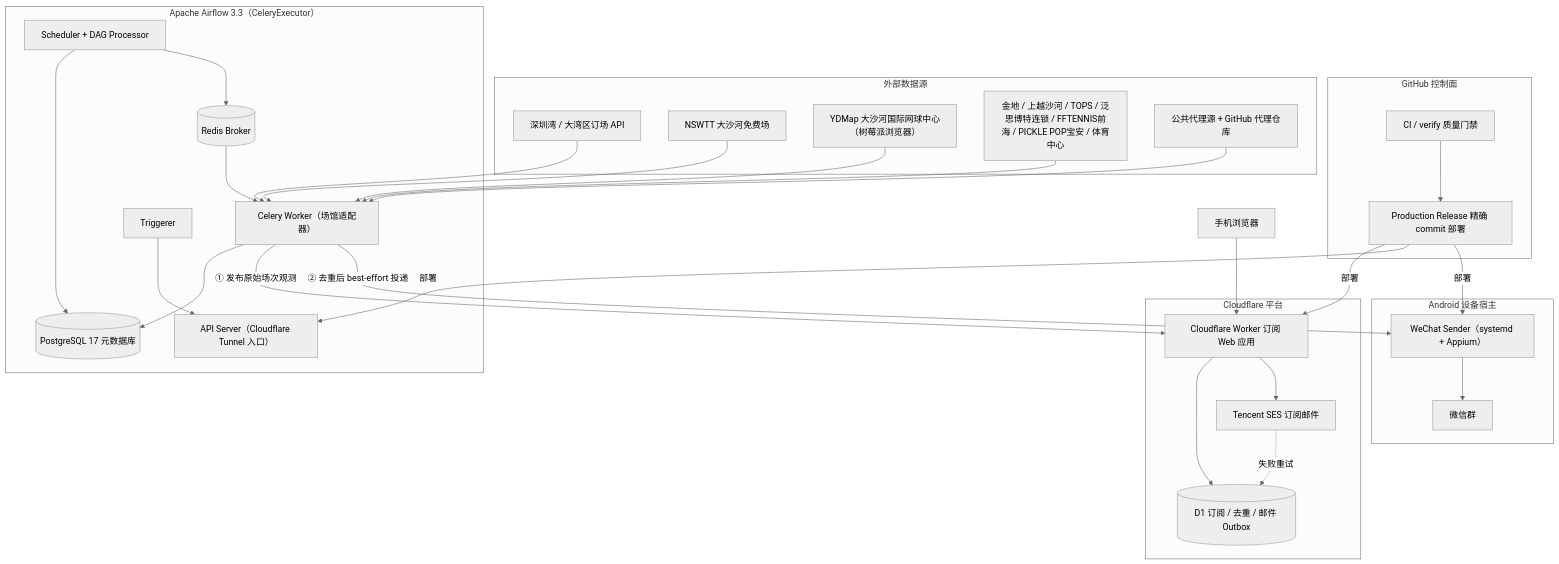
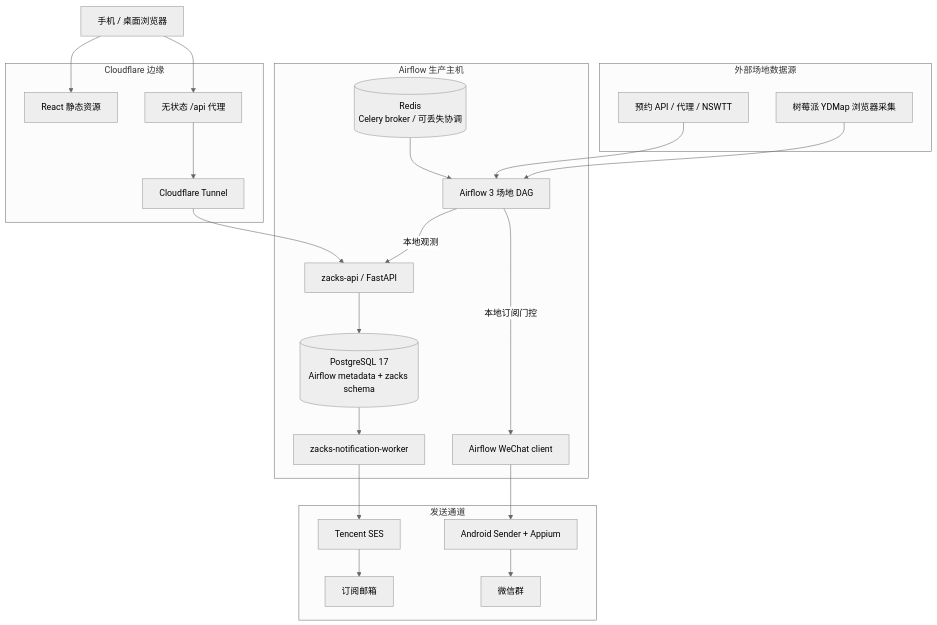
The diagram in README.md (claude89757/wechat-on-airflow), drawn with Mermaid (neutral theme) before and after one commit. The commit also changed other lines of this file, not shown here.

Commit message:
docs(host-core): document the PostgreSQL notification runtime

````diff
--- a/README.md
+++ b/README.md
@@ -24,60 +26,41 @@
 ```mermaid
 flowchart TB
-    subgraph control["GitHub 控制面"]
-        CI["CI / verify 质量门禁"]
-        Release["Production Release 精确 commit 部署"]
-        CI --> Release
+    subgraph Sources["外部场地数据源"]
+        VenueAPI["预约 API / 代理 / NSWTT"]
+        Pi["树莓派 YDMap 浏览器采集"]
     end
 
-    subgraph sources["外部数据源"]
-        SZ["深圳湾 / 大湾区订场 API"]
-        NSWTT["NSWTT 大沙河免费场"]
-        YDMAP["YDMap 大沙河国际网球中心（树莓派浏览器）"]
-        VENUES["金地 / 上越沙河 / TOPS / 泛思博特连锁 / FFTENNIS前海 / PICKLE POP宝安 / 体育中心"]
-        PROXY["公共代理源 + GitHub 代理仓库"]
+    subgraph Host["Airflow 生产主机"]
+        Airflow["Airflow 3 场地 DAG"]
+        API["zacks-api / FastAPI"]
+        Worker["zacks-notification-worker"]
+        PG[("PostgreSQL 17\nAirflow metadata + zacks schema")]
+        Redis[("Redis\nCelery broker / 可丢失协调")]
+        WeChatClient["Airflow WeChat client"]
     end
 
-    subgraph airflow["Apache Airflow 3.3（CeleryExecutor）"]
-        Scheduler["Scheduler + DAG Processor"]
-        Worker["Celery Worker（场馆适配器）"]
-        Triggerer["Triggerer"]
-        DB[("PostgreSQL 17 元数据库")]
-        Redis[("Redis Broker")]
-        ApiSrv["API Server（Cloudflare Tunnel 入口）"]
-        Scheduler --> DB
-        Scheduler --> Redis
-        Redis --> Worker
-        Worker --> DB
-        Triggerer --> ApiSrv
+    subgraph Edge["Cloudflare 边缘"]
+        Static["React 静态资源"]
+        Proxy["无状态 /api 代理"]
+        Tunnel["Cloudflare Tunnel"]
     end
 
-    subgraph cf["Cloudflare 平台"]
-        WebApp["Cloudflare Worker 订阅 Web 应用"]
-        D1[("D1 订阅 / 去重 / 邮件 Outbox")]
-        SES["Tencent SES 订阅邮件"]
-        WebApp --> D1
-        WebApp --> SES
-        SES -. 失败重试 .-> D1
+    subgraph Delivery["发送通道"]
+        SES["Tencent SES"]
+        Android["Android Sender + Appium"]
+        Mail["订阅邮箱"]
+        Group["微信群"]
     end
 
-    subgraph android["Android 设备宿主"]
-        Sender["WeChat Sender（systemd + Appium）"]
-        Chat["微信群"]
-        Sender --> Chat
-    end
+    VenueAPI --> Airflow
+    Pi --> Airflow
+    Redis --> Airflow
+    Airflow -->|"本地观测"| API
+    API --> PG
+    PG --> Worker
+    Worker --> SES --> Mail
+    Airflow -->|"本地订阅门控"| WeChatClient --> Android --> Group
 
-    Browser["手机浏览器"] --> WebApp
-
-    SZ --> Worker
-    NSWTT --> Worker
-    YDMAP --> Worker
-    VENUES --> Worker
-    PROXY --> Worker
-
-    Worker -->|"① 发布原始场次观测"| WebApp
-    Worker -->|"② 去重后 best-effort 投递"| Sender
-
-    Release -->|"部署"| WebApp
-    Release -->|"部署"| ApiSrv
-    Release -->|"部署"| Sender
+    Browser["手机 / 桌面浏览器"] --> Static
+    Browser --> Proxy --> Tunnel --> API
 ```
````
